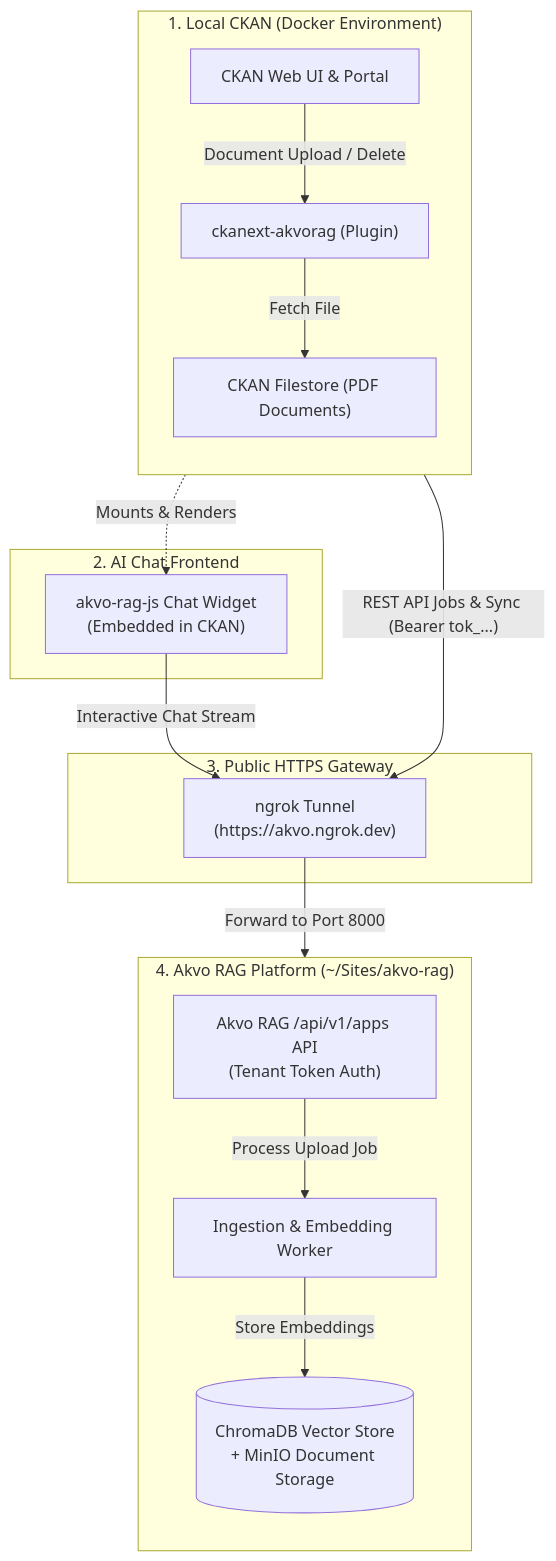
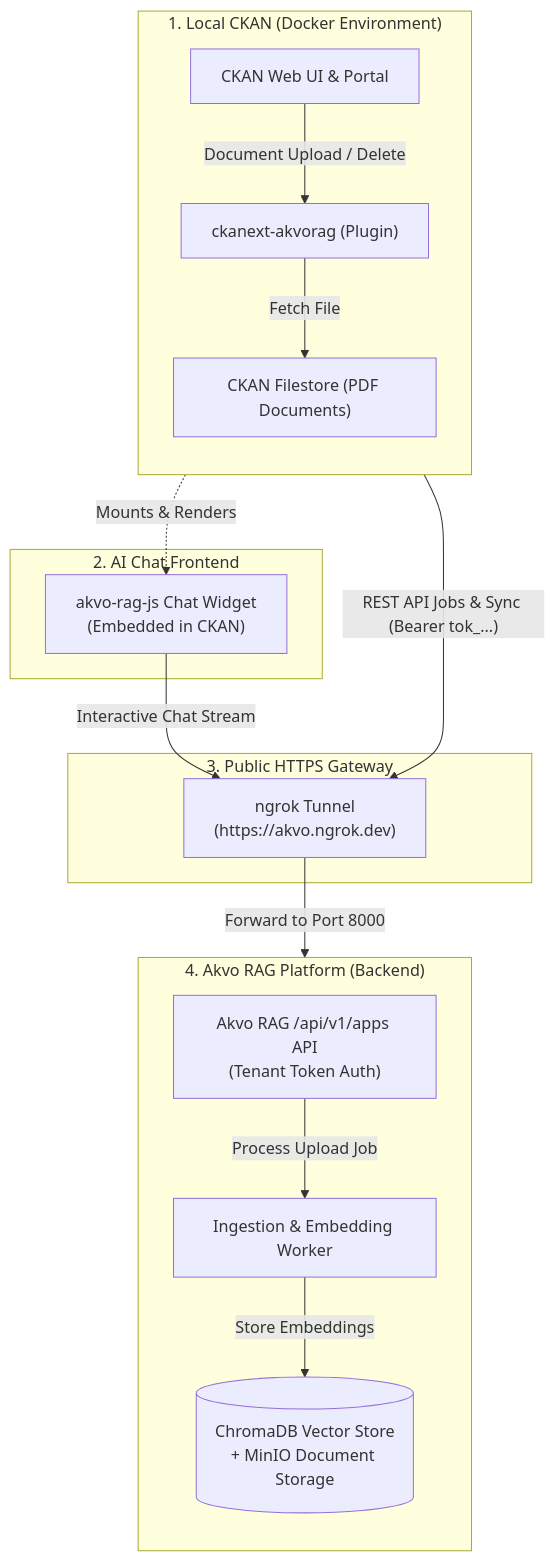
One commit to wayangalihpratama/poc-ckan-rag changed the first of 4 diagrams in docs/lld/project_lld.md. Above: the diagram before and after it, drawn with Mermaid. The commit also changed 5 other files, not shown here.

````diff
--- a/docs/lld/project_lld.md
+++ b/docs/lld/project_lld.md
@@ -5,36 +5,36 @@
 ```mermaid
 flowchart TD
     subgraph HostApp["1. Local CKAN (Docker Environment)"]
         direction TB
         CKAN_UI["CKAN Web UI & Portal"]
         CKAN_EXT["ckanext-akvorag (Plugin)"]
         CKAN_FS["CKAN Filestore (PDF Documents)"]
         
         CKAN_UI -->|"Document Upload / Delete"| CKAN_EXT
         CKAN_EXT -->|"Fetch File"| CKAN_FS
     end
 
     subgraph ChatFrontend["2. AI Chat Frontend"]
         WIDGET["akvo-rag-js Chat Widget<br/>(Embedded in CKAN)"]
     end
 
     subgraph Tunnel["3. Public HTTPS Gateway"]
         NGROK["ngrok Tunnel<br/>(https://akvo.ngrok.dev)"]
     end
 
-    subgraph AkvoRAG["4. Akvo RAG Platform (~/Sites/akvo-rag)"]
+    subgraph AkvoRAG["4. Akvo RAG Platform (Backend)"]
         direction TB
         RAG_API["Akvo RAG /api/v1/apps API<br/>(Tenant Token Auth)"]
         RAG_WORKER["Ingestion & Embedding Worker"]
         CHROMA[("ChromaDB Vector Store<br/>+ MinIO Document Storage")]
 
         RAG_API -->|"Process Upload Job"| RAG_WORKER
         RAG_WORKER -->|"Store Embeddings"| CHROMA
     end
 
     %% Cross-layer connections
     CKAN_EXT -->|"REST API Jobs & Sync (Bearer tok_...)"| NGROK
     WIDGET -->|"Interactive Chat Stream"| NGROK
     CKAN_UI -.->|"Mounts & Renders"| WIDGET
     NGROK -->|"Forward to Port 8000"| RAG_API
 ```
````
